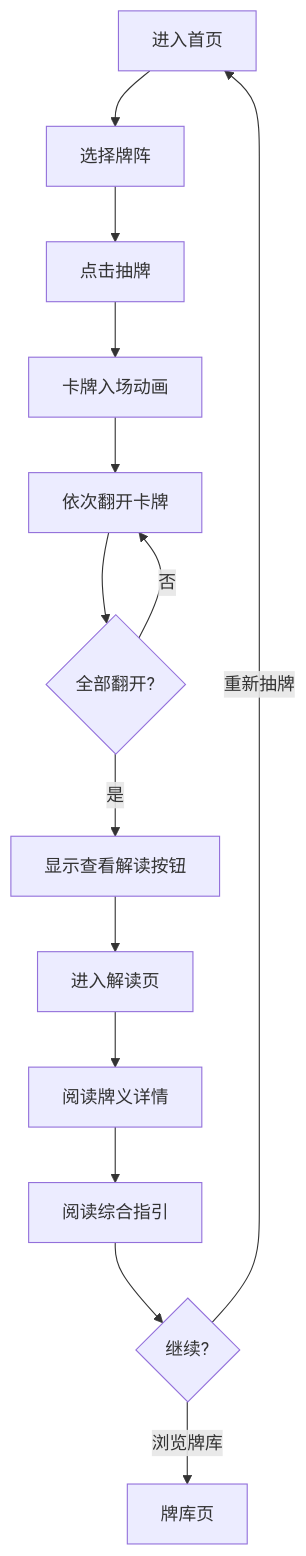
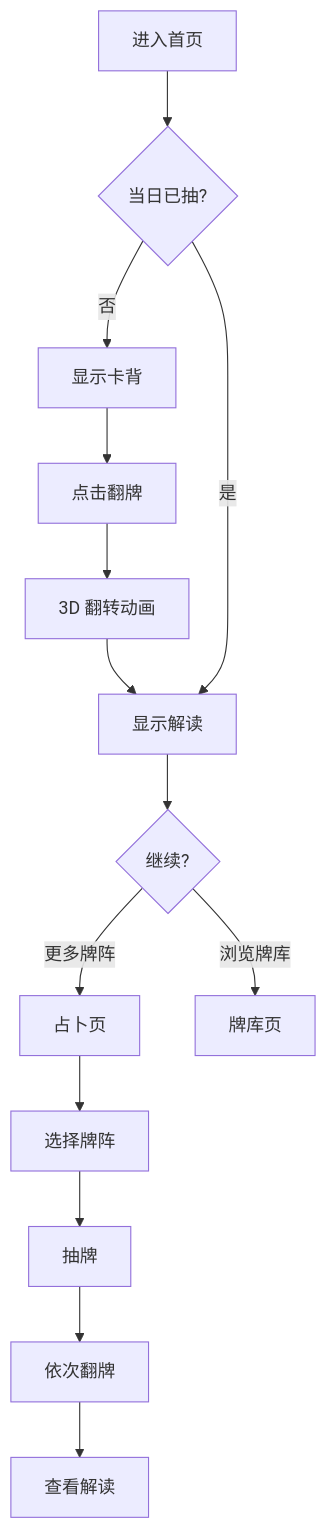
The diagram in .cursor/context.md (Yangiton/tarot), drawn with Mermaid before and after one commit. The commit also changed other lines of this file and 29 other files, not shown here.

````diff
--- a/.cursor/context.md
+++ b/.cursor/context.md
@@ -313,16 +328,16 @@
 ```mermaid
 flowchart TD
-    A[进入首页] --> B[选择牌阵]
-    B --> C[点击抽牌]
-    C --> D[卡牌入场动画]
-    D --> E[依次翻开卡牌]
-    E --> F{全部翻开?}
-    F -->|否| E
-    F -->|是| G[显示查看解读按钮]
-    G --> H[进入解读页]
-    H --> I[阅读牌义详情]
-    I --> J[阅读综合指引]
-    J --> K{继续?}
-    K -->|重新抽牌| A
-    K -->|浏览牌库| L[牌库页]
+    A[进入首页] --> B{当日已抽?}
+    B -->|否| C[显示卡背]
+    C --> D[点击翻牌]
+    D --> E[3D 翻转动画]
+    E --> F[显示解读]
+    B -->|是| F
+    F --> G{继续?}
+    G -->|更多牌阵| H[占卜页]
+    G -->|浏览牌库| I[牌库页]
+    H --> J[选择牌阵]
+    J --> K[抽牌]
+    K --> L[依次翻牌]
+    L --> M[查看解读]
 ```
````
